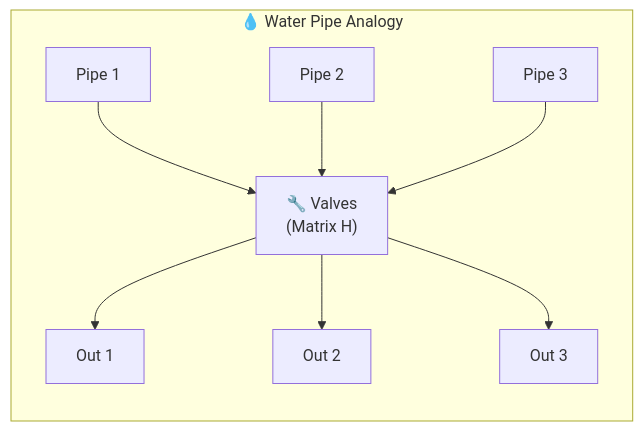
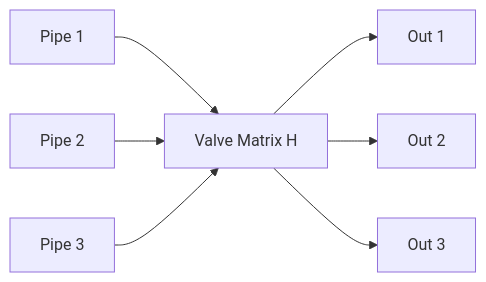
The eighth of 9 diagrams in _posts/2026-01-06-manifold-constrained-hyper-connections.md (sandeeppandey456/sandeeppandey456.github.io), drawn with Mermaid before and after one commit. The commit also changed other lines of this file and 1 other file, not shown here.

```diff
--- a/_posts/2026-01-06-manifold-constrained-hyper-connections.md
+++ b/_posts/2026-01-06-manifold-constrained-hyper-connections.md
@@ -428,11 +343,9 @@
-<div class="mermaid">
+<pre class="mermaid">
 graph LR
-    subgraph Water["💧 Water Pipe Analogy"]
-        P1["Pipe 1"] --> V["🔧 Valves<br/>(Matrix H)"]
-        P2["Pipe 2"] --> V
-        P3["Pipe 3"] --> V
-        V --> O1["Out 1"]
-        V --> O2["Out 2"]
-        V --> O3["Out 3"]
-    end
-</div>
+    P1["Pipe 1"] --> V["Valve Matrix H"]
+    P2["Pipe 2"] --> V
+    P3["Pipe 3"] --> V
+    V --> O1["Out 1"]
+    V --> O2["Out 2"]
+    V --> O3["Out 3"]
+</pre>
```
